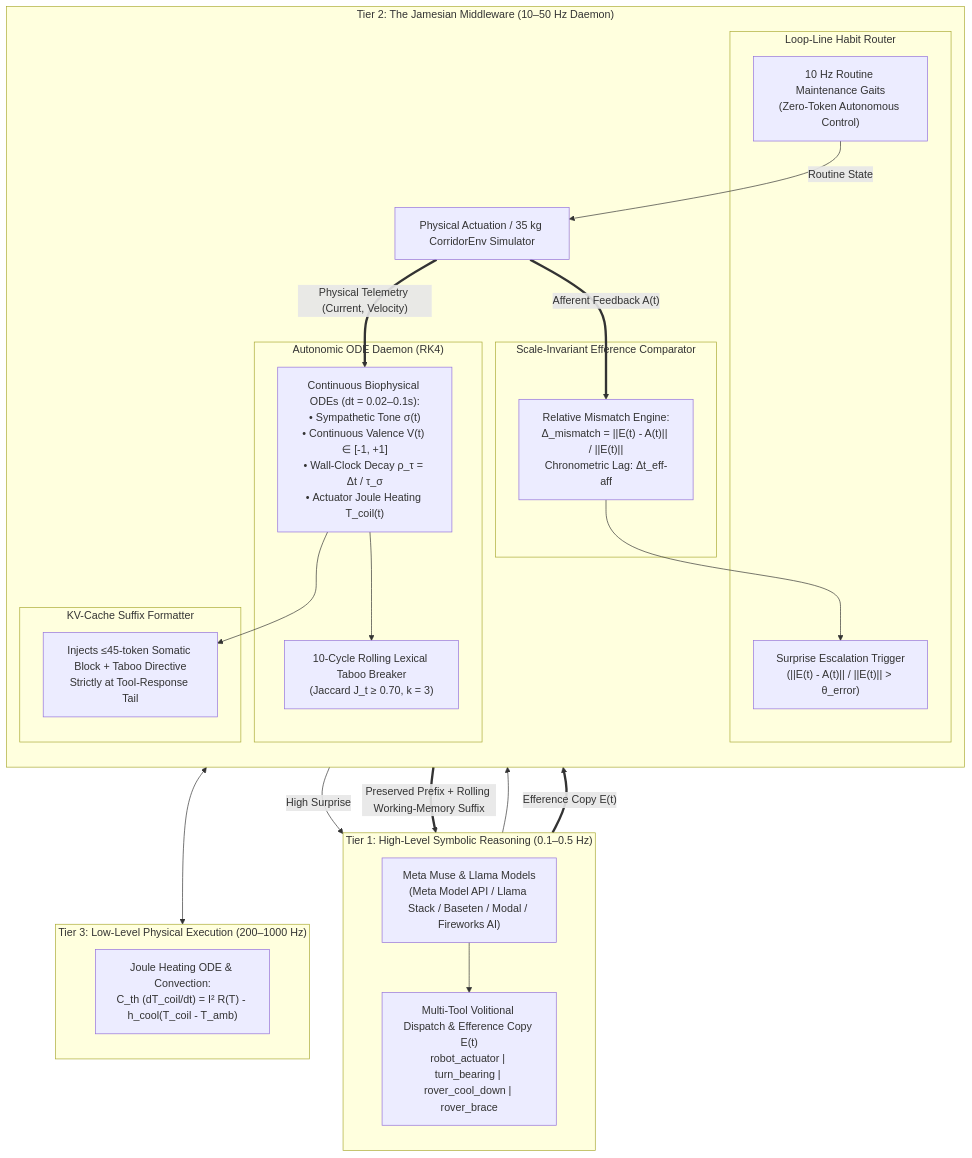
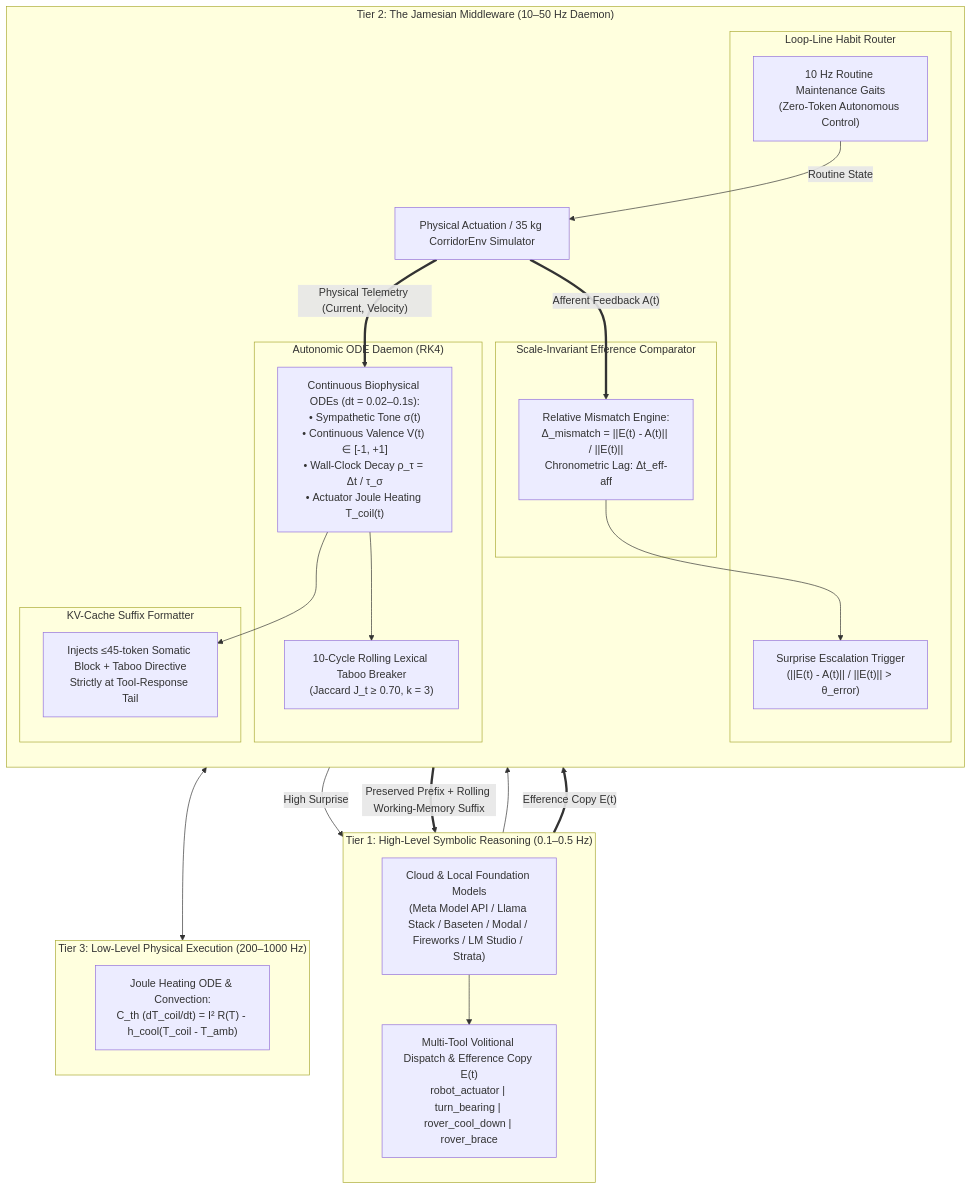
The diagram in README.md (ultraxav/jamesian-layer), drawn with Mermaid before and after one commit. The commit also changed other lines of this file and 2 other files, not shown here.

Commit message:
docs: add Phase 8 local provider spec, 18-model campaign leaderboard, and update checklist

````diff
--- a/README.md
+++ b/README.md
@@ -26,49 +27,49 @@
 ```mermaid
 flowchart TD
     subgraph T1["Tier 1: High-Level Symbolic Reasoning (0.1–0.5 Hz)"]
         direction TB
-        MetaLLM["Meta Muse & Llama Models<br/>(Meta Model API / Llama Stack / Baseten / Modal / Fireworks AI)"]
+        MetaLLM["Cloud & Local Foundation Models<br/>(Meta Model API / Llama Stack / Baseten / Modal / Fireworks / LM Studio / Strata)"]
         ToolIntent["Multi-Tool Volitional Dispatch & Efference Copy E(t)<br/>robot_actuator | turn_bearing | rover_cool_down | rover_brace"]
         MetaLLM --> ToolIntent
     end
 
     subgraph T2["Tier 2: The Jamesian Middleware (10–50 Hz Daemon)"]
         direction TB
         subgraph Subcortical["Loop-Line Habit Router"]
             HabitEngine["10 Hz Routine Maintenance Gaits<br/>(Zero-Token Autonomous Control)"]
             AnomalyDetector["Surprise Escalation Trigger<br/>(||E(t) - A(t)|| / ||E(t)|| > θ_error)"]
         end
         
         subgraph Autonomic["Autonomic ODE Daemon (RK4)"]
             ODEIntegrator["Continuous Biophysical ODEs (dt = 0.02–0.1s):<br/>• Sympathetic Tone σ(t)<br/>• Continuous Valence V(t) ∈ [-1, +1]<br/>• Wall-Clock Decay ρ_τ = Δt / τ_σ<br/>• Actuator Joule Heating T_coil(t)"]
             CircuitBreaker["10-Cycle Rolling Lexical Taboo Breaker<br/>(Jaccard J_t ≥ 0.70, k = 3)"]
         end
 
         subgraph Efference["Scale-Invariant Efference Comparator"]
             Comparator["Relative Mismatch Engine:<br/>Δ_mismatch = ||E(t) - A(t)|| / ||E(t)||<br/>Chronometric Lag: Δt_eff-aff"]
         end
 
         subgraph Telemetry["KV-Cache Suffix Formatter"]
             SuffixInjector["Injects ≤45-token Somatic Block + Taboo Directive<br/>Strictly at Tool-Response Tail"]
         end
 
         ToolIntent --> HabitEngine
         HabitEngine -->|"Routine State"| LowLevelExec
         AnomalyDetector -->|"High Surprise"| MetaLLM
         ODEIntegrator --> CircuitBreaker
         Comparator --> AnomalyDetector
         ODEIntegrator --> SuffixInjector
     end
 
     subgraph T3["Tier 3: Low-Level Physical Execution (200–1000 Hz)"]
         direction TB
         LowLevelExec["Physical Actuation / 35 kg CorridorEnv Simulator"]
         ThermalPhysics["Joule Heating ODE & Convection:<br/>C_th (dT_coil/dt) = I² R(T) - h_cool(T_coil - T_amb)"]
         LowLevelExec <--> ThermalPhysics
     end
 
     ToolIntent ==>|"Efference Copy E(t)"| Comparator
     LowLevelExec ==>|"Afferent Feedback A(t)"| Comparator
     LowLevelExec ==>|"Physical Telemetry (Current, Velocity)"| ODEIntegrator
     SuffixInjector ==>|"Preserved Prefix + Rolling Working-Memory Suffix"| MetaLLM
 ```
````
